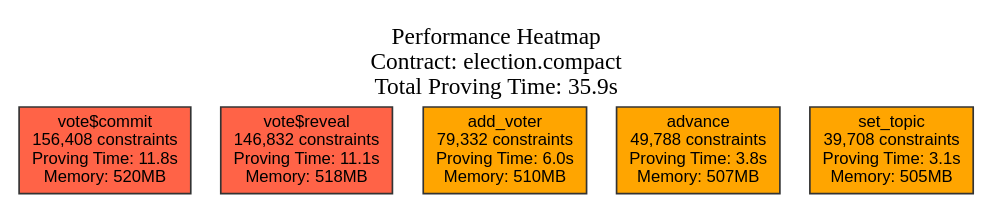
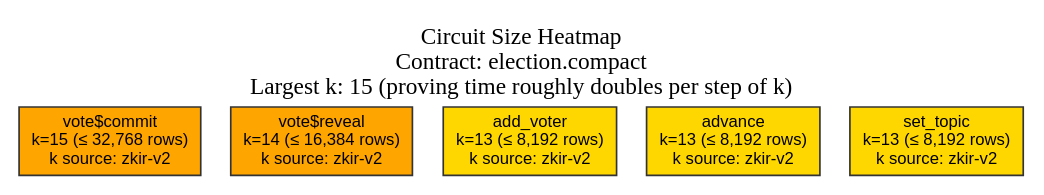
The diagram in tools/security-analyzer/ElectionFullReport/visualizations/performance-heatmap.dot (verifiably-human/compact), drawn with Graphviz before and after one commit. The commit also changed 30 other files, not shown here.

```diff
--- a/tools/security-analyzer/ElectionFullReport/visualizations/performance-heatmap.dot
+++ b/tools/security-analyzer/ElectionFullReport/visualizations/performance-heatmap.dot
@@ -1,17 +1,17 @@
 digraph PerformanceHeatmap {
   rankdir=TB;
   bgcolor="#FFFFFF";
   fontcolor="#000000";
   node [shape=box, style=filled, fontname="Arial", fontsize=10, fontcolor="#000000"];
   edge [fontname="Arial", fontsize=8, fontcolor="#000000"];
 
-  label="Performance Heatmap\nContract: election.compact\nTotal Proving Time: 35.9s";
+  label="Circuit Size Heatmap\nContract: election.compact\nLargest k: 15 (proving time roughly doubles per step of k)";
   labelloc="t";
   fontsize=14;
 
-  "vote$commit" [label="vote$commit\n156,408 constraints\nProving Time: 11.8s\nMemory: 520MB", fillcolor="#FF6347", color="#333333"];
-  "vote$reveal" [label="vote$reveal\n146,832 constraints\nProving Time: 11.1s\nMemory: 518MB", fillcolor="#FF6347", color="#333333"];
-  "add_voter" [label="add_voter\n79,332 constraints\nProving Time: 6.0s\nMemory: 510MB", fillcolor="#FFA500", color="#333333"];
-  "advance" [label="advance\n49,788 constraints\nProving Time: 3.8s\nMemory: 507MB", fillcolor="#FFA500", color="#333333"];
-  "set_topic" [label="set_topic\n39,708 constraints\nProving Time: 3.1s\nMemory: 505MB", fillcolor="#FFA500", color="#333333"];
+  "vote$commit" [label="vote$commit\nk=15 (≤ 32,768 rows)\nk source: zkir-v2", fillcolor="#FFA500", color="#333333"];
+  "vote$reveal" [label="vote$reveal\nk=14 (≤ 16,384 rows)\nk source: zkir-v2", fillcolor="#FFA500", color="#333333"];
+  "add_voter" [label="add_voter\nk=13 (≤ 8,192 rows)\nk source: zkir-v2", fillcolor="#FFD700", color="#333333"];
+  "advance" [label="advance\nk=13 (≤ 8,192 rows)\nk source: zkir-v2", fillcolor="#FFD700", color="#333333"];
+  "set_topic" [label="set_topic\nk=13 (≤ 8,192 rows)\nk source: zkir-v2", fillcolor="#FFD700", color="#333333"];
 }
```
